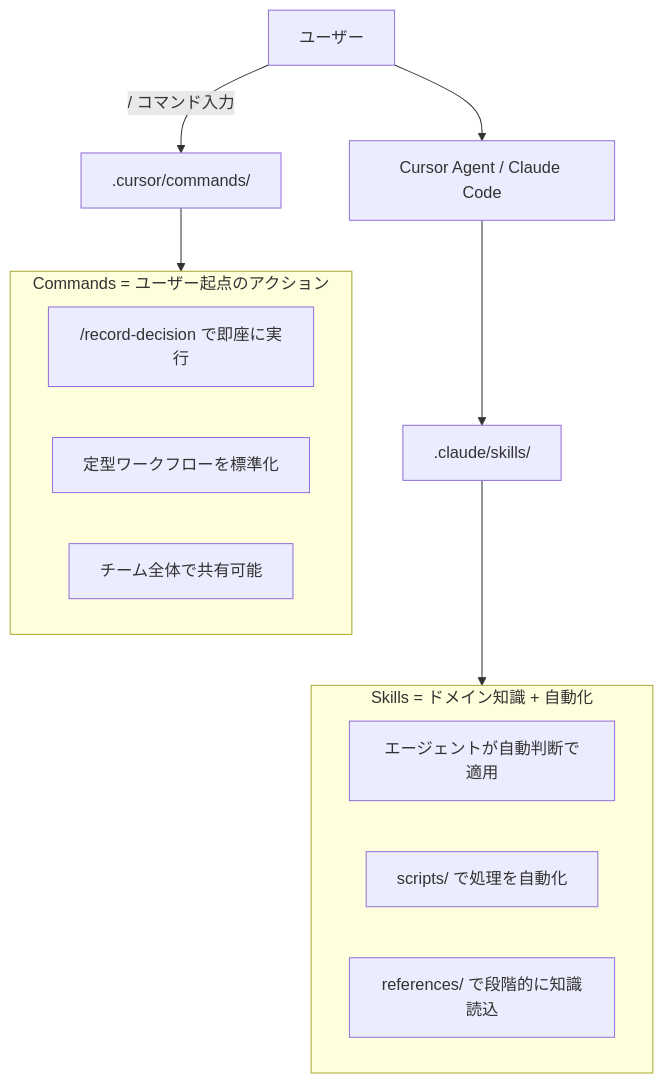
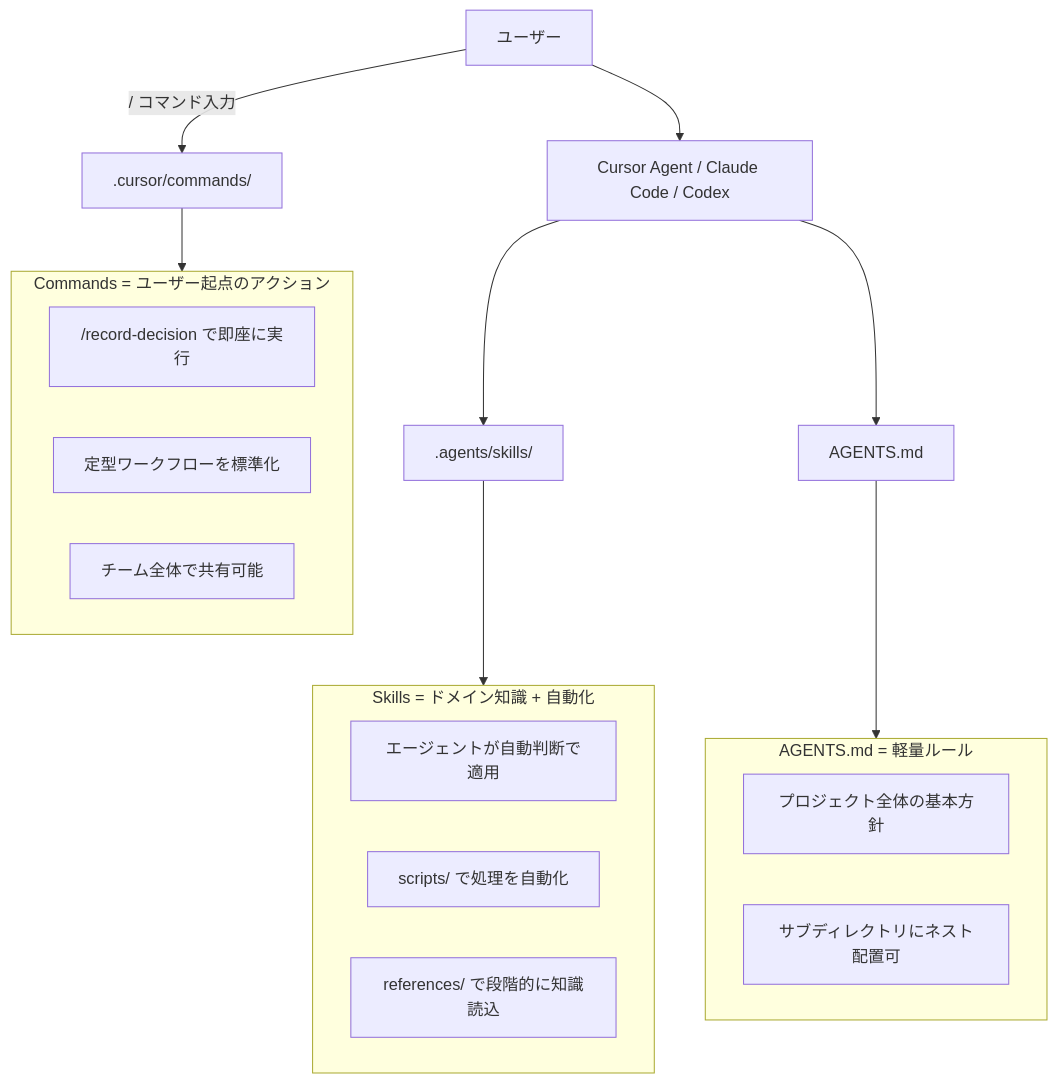
The diagram in README.md (shioki/Cursor-Knowledge-Management-System), drawn with Mermaid before and after one commit. The commit also changed other lines of this file and 65 other files, not shown here.

First line of the commit message:
feat(v5.0.0): Cursor Plugin 化と .agents/skills 正規化、配布経路の拡充

````diff
--- a/README.md
+++ b/README.md
@@ -92,22 +163,29 @@
 ```mermaid
 graph TB
-    User[ユーザー] --> Agent[Cursor Agent / Claude Code]
+    User[ユーザー] --> Agent[Cursor Agent / Claude Code / Codex]
 
-    Agent --> Skills[".claude/skills/"]
+    Agent --> Skills[".agents/skills/"]
+    Agent --> AgentsMd["AGENTS.md"]
     User -->|"/ コマンド入力"| Commands[".cursor/commands/"]
 
     subgraph skillsArea ["Skills = ドメイン知識 + 自動化"]
         S1["エージェントが自動判断で適用"]
         S2["scripts/ で処理を自動化"]
         S3["references/ で段階的に知識読込"]
     end
 
     subgraph commandsArea ["Commands = ユーザー起点のアクション"]
         C1["/record-decision で即座に実行"]
         C2["定型ワークフローを標準化"]
         C3["チーム全体で共有可能"]
     end
 
+    subgraph agentsMdArea ["AGENTS.md = 軽量ルール"]
+        A1["プロジェクト全体の基本方針"]
+        A2["サブディレクトリにネスト配置可"]
+    end
+
     Skills --> skillsArea
     Commands --> commandsArea
+    AgentsMd --> agentsMdArea
 ```
````
